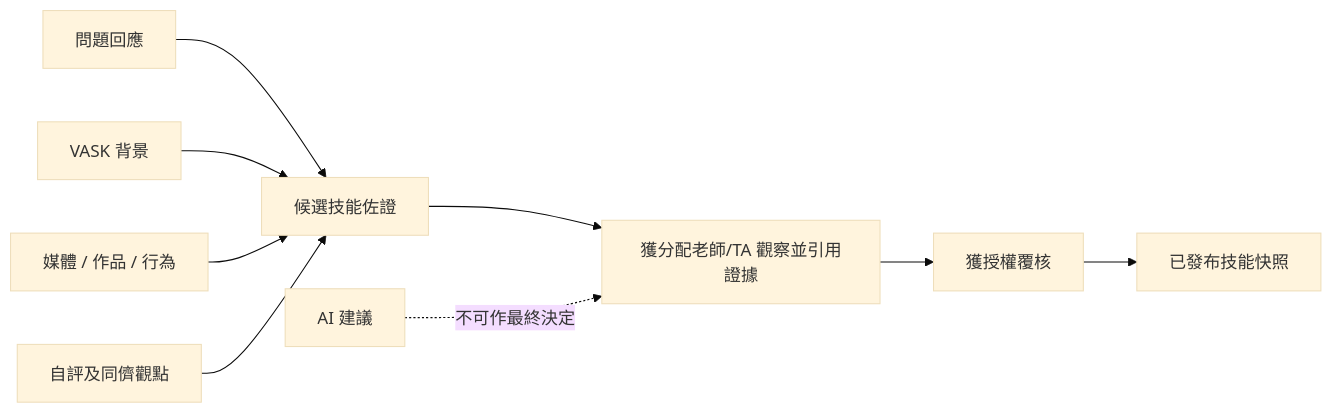
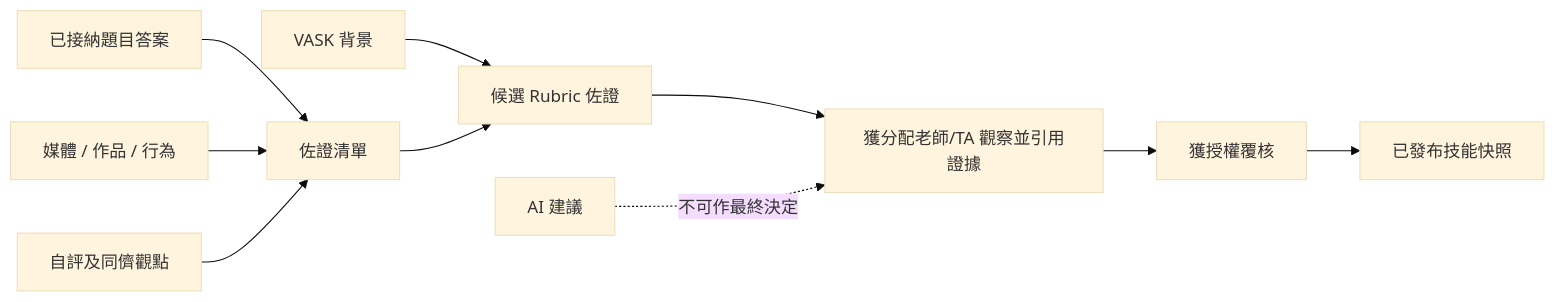
The diagram in output/Chinese/SRS/SRS-08 評估八項技能及十六階段.md (heison-octopus/testing-port), drawn with Mermaid (base theme) before and after one commit. The commit also changed other lines of this file and 203 other files, not shown here.

````diff
--- a/output/Chinese/SRS/SRS-08 評估八項技能及十六階段.md
+++ b/output/Chinese/SRS/SRS-08 評估八項技能及十六階段.md
@@ -49,11 +51,12 @@
 ```mermaid
 flowchart LR
-    Q[問題回應] --> C[候選技能佐證]
+    Q[已接納題目答案] --> PL[佐證清單]
     V[VASK 背景] --> C
-    M[媒體 / 作品 / 行為] --> C
-    S[自評及同儕觀點] --> C
+    M[媒體 / 作品 / 行為] --> PL
+    S[自評及同儕觀點] --> PL
+    PL --> C[候選 Rubric 佐證]
     C --> T[獲分配老師/TA 觀察並引用證據]
     T --> R[獲授權覆核]
     R --> P[已發布技能快照]
     AI[AI 建議] -. 不可作最終決定 .-> T
 ```
````
